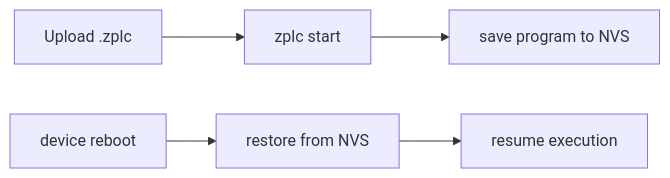
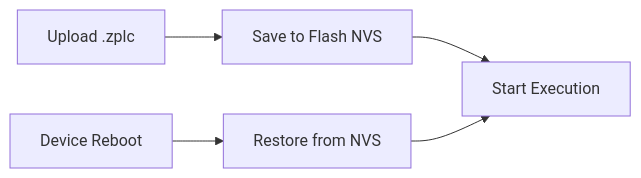
Before and after one commit to eduardojvieira/ZPLC: the diagram in docs/docs/runtime/persistence.md, drawn with Mermaid. The commit also changed other lines of this file and 55 other files, not shown here.

````diff
--- a/docs/docs/runtime/persistence.md
+++ b/docs/docs/runtime/persistence.md
@@ -50,7 +29,7 @@
 ```mermaid
 flowchart LR
-  Load[Upload .zplc] --> Start[zplc start]
-  Start --> Save[save program to NVS]
-  Boot[device reboot] --> Restore[restore from NVS]
-  Restore --> Run[resume execution]
+  Load[Upload .zplc] --> Save[Save to Flash NVS]
+  Save --> Run[Start Execution]
+  Boot[Device Reboot] --> Restore[Restore from NVS]
+  Restore --> Run
 ```
````
